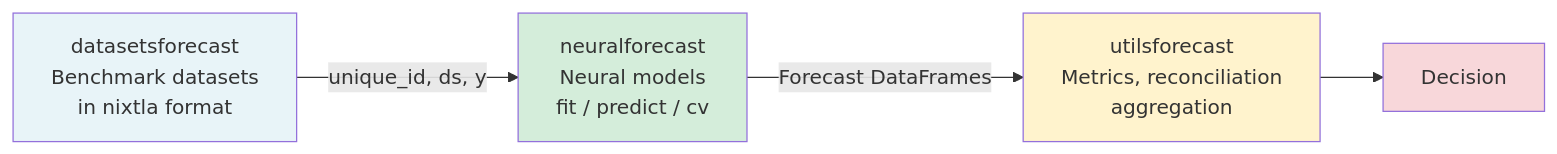
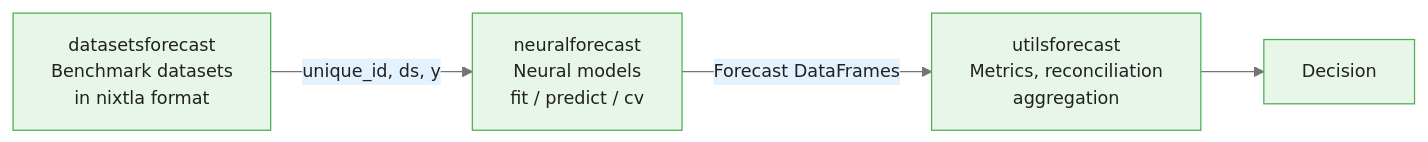
One commit to m-deane/course-creator changed the third of 3 diagrams in courses/time-series-forecasting-neuralforecast/modules/module_00_foundations/guides/01_forecasting_landscape_slides.md. Above: the diagram before and after it, drawn with Mermaid. The commit also changed other lines of this file and 60 other files, not shown here.

````diff
--- a/courses/time-series-forecasting-neuralforecast/modules/module_00_foundations/guides/01_forecasting_landscape_slides.md
+++ b/courses/time-series-forecasting-neuralforecast/modules/module_00_foundations/guides/01_forecasting_landscape_slides.md
@@ -207,11 +236,8 @@
 ```mermaid
+%%{init: {"theme": "base", "themeVariables": {"primaryColor": "#e8f5e9", "primaryBorderColor": "#4caf50", "primaryTextColor": "#212121", "secondaryColor": "#e3f2fd", "tertiaryColor": "#fff8e1", "lineColor": "#757575", "fontFamily": "Inter, sans-serif", "fontSize": "14px"}}}%%
 flowchart LR
     A["datasetsforecast\nBenchmark datasets\nin nixtla format"] -->|"unique_id, ds, y"| B["neuralforecast\nNeural models\nfit / predict / cv"]
     B -->|"Forecast DataFrames"| C["utilsforecast\nMetrics, reconciliation\naggregation"]
     C --> D[Decision]
 
-    style A fill:#e8f4f8
-    style B fill:#d4edda
-    style C fill:#fff3cd
-    style D fill:#f8d7da
 ```
````
